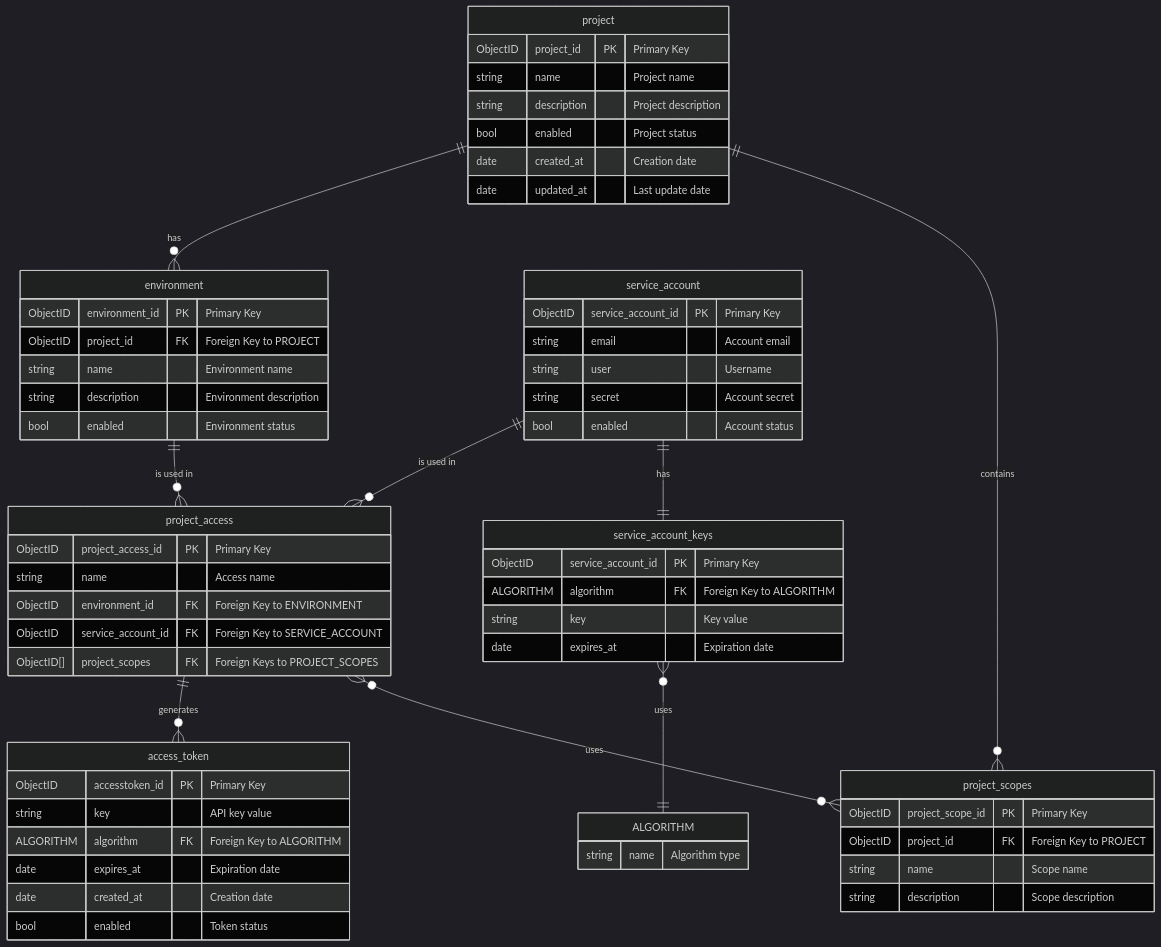
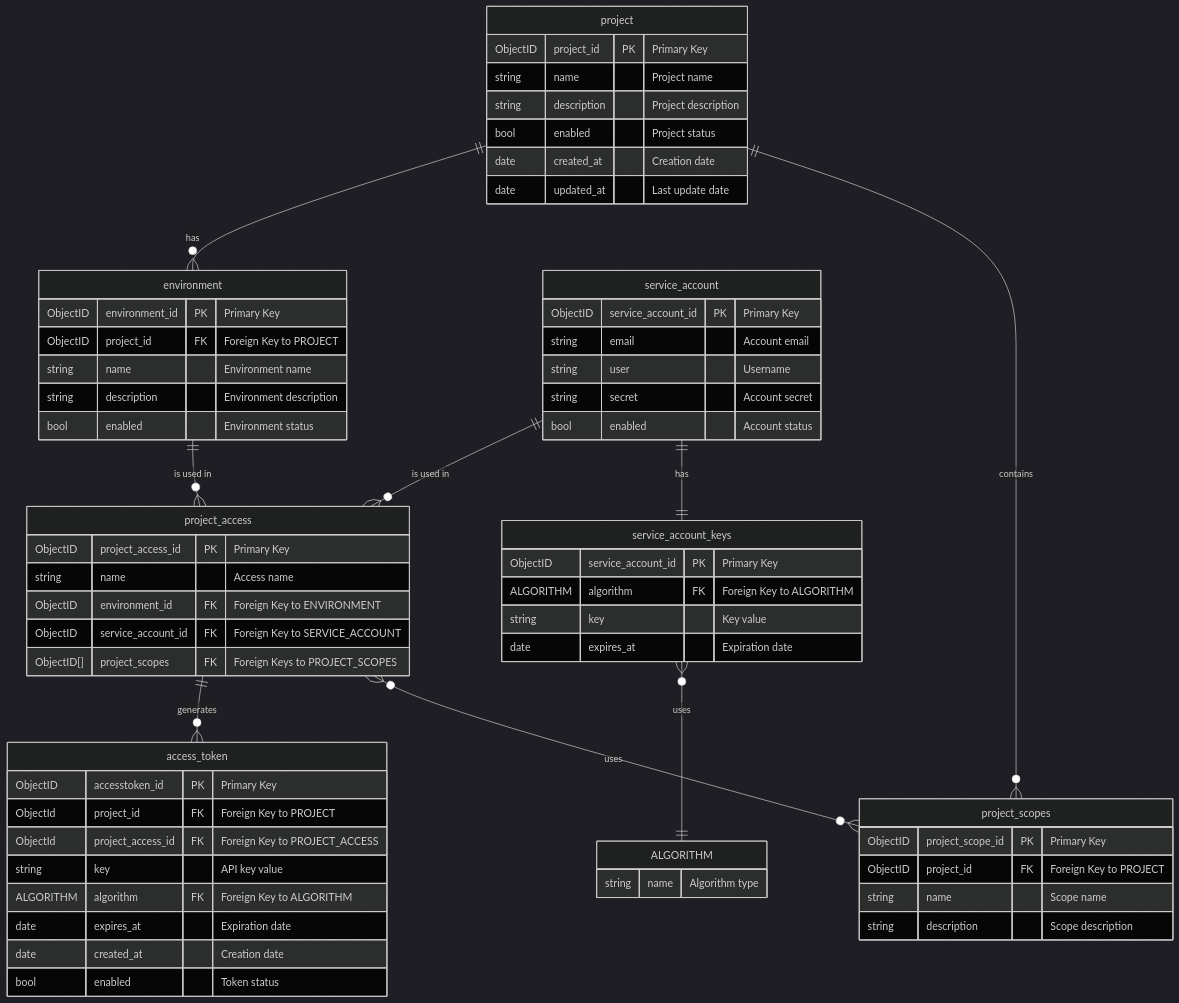
One commit to refactorartist/buraq changed the diagram in docs/erd/erd.mmd. Above: the diagram before and after it, drawn with Mermaid (dark theme). The commit also changed 1 other file, not shown here.

Commit message:
refactor: Update ERD diagram for access tokens and project access
This commit enhances the entity-relationship diagram (ERD) by refining the structure of the `access_token`, `environment`, `project`, `project_access`, `project_scopes`, `service_account`, and `service_account_keys` entities. It introduces new foreign key relationships and updates naming conventions for clarity and consistency. Additionally, the diagram's relationships have been adjusted for better representation.

```diff
--- a/docs/erd/erd.mmd
+++ b/docs/erd/erd.mmd
@@ -1,69 +1,71 @@
 erDiagram
     ALGORITHM {
-        string name         "Algorithm type"
+        string name "Algorithm type"
     }
 
     access_token {
-        ObjectID accesstoken_id  PK "Primary Key"
-        string   key               "API key value"
-        ALGORITHM algorithm      FK "Foreign Key to ALGORITHM"
-        date     expires_at        "Expiration date"
-        date     created_at        "Creation date"
-        bool     enabled           "Token status"
+        ObjectID accesstoken_id PK "Primary Key"
+        ObjectId project_id FK "Foreign Key to PROJECT" 
+        ObjectId project_access_id FK "Foreign Key to PROJECT_ACCESS"
+        string key "API key value"
+        ALGORITHM algorithm FK "Foreign Key to ALGORITHM"
+        date expires_at "Expiration date"
+        date created_at "Creation date"
+        bool enabled "Token status"
     }
 
     environment {
-        ObjectID environment_id  PK "Primary Key"
-        ObjectID project_id     FK "Foreign Key to PROJECT"
-        string   name             "Environment name"
-        string   description      "Environment description"
-        bool     enabled          "Environment status"
+        ObjectID environment_id PK "Primary Key"
+        ObjectID project_id FK "Foreign Key to PROJECT"
+        string name "Environment name"
+        string description "Environment description"
+        bool enabled "Environment status"
     }
 
     project {
-        ObjectID project_id     PK "Primary Key"
-        string   name             "Project name"
-        string   description      "Project description"
-        bool     enabled          "Project status"
-        date     created_at       "Creation date"
-        date     updated_at       "Last update date"
+        ObjectID project_id PK "Primary Key"
+        string name "Project name"
+        string description "Project description"
+        bool enabled "Project status"
+        date created_at "Creation date"
+        date updated_at "Last update date"
     }
 
     project_access {
-        ObjectID  project_access_id  PK "Primary Key"
-        string    name                "Access name"
-        ObjectID  environment_id    FK "Foreign Key to ENVIRONMENT"
-        ObjectID  service_account_id FK "Foreign Key to SERVICE_ACCOUNT"
-        ObjectID[] project_scopes   FK "Foreign Keys to PROJECT_SCOPES"
+        ObjectID project_access_id PK "Primary Key"
+        string name "Access name"
+        ObjectID environment_id FK "Foreign Key to ENVIRONMENT"
+        ObjectID service_account_id FK "Foreign Key to SERVICE_ACCOUNT"
+        ObjectID[] project_scopes FK "Foreign Keys to PROJECT_SCOPES"
     }
 
     project_scopes {
-        ObjectID project_scope_id  PK "Primary Key"
-        ObjectID project_id       FK "Foreign Key to PROJECT"
-        string   name              "Scope name"
-        string   description       "Scope description"
+        ObjectID project_scope_id PK "Primary Key"
+        ObjectID project_id FK "Foreign Key to PROJECT"
+        string name "Scope name"
+        string description "Scope description"
     }
 
     service_account {
         ObjectID service_account_id PK "Primary Key"
-        string   email              "Account email"
-        string   user               "Username"
-        string   secret             "Account secret"
-        bool     enabled            "Account status"
+        string email "Account email"
+        string user "Username"
+        string secret "Account secret"
+        bool enabled "Account status"
     }
 
     service_account_keys {
-        ObjectID  service_account_id PK "Primary Key"
-        ALGORITHM algorithm        FK "Foreign Key to ALGORITHM"
-        string    key                "Key value"
-        date      expires_at         "Expiration date"
+        ObjectID service_account_id PK "Primary Key"
+        ALGORITHM algorithm FK "Foreign Key to ALGORITHM"
+        string key "Key value"
+        date expires_at "Expiration date"
     }
 
-    project ||--o{ environment : "has"
-    project ||--o{ project_scopes : "contains"
-    service_account ||--o{ project_access : "is used in"
-    service_account ||--|| service_account_keys : "has"
-    environment ||--o{ project_access : "is used in"
-    project_access ||--o{ access_token : "generates"
-    project_access }o--o{ project_scopes : "uses"
-    service_account_keys }o--|| ALGORITHM : "uses"
+    project ||--o{ environment: "has"
+    project ||--o{ project_scopes: "contains"
+    service_account ||--o{ project_access: "is used in"
+    service_account ||--|| service_account_keys: "has"
+    environment ||--o{ project_access: "is used in"
+    project_access ||--o{ access_token: "generates"
+    project_access }o--o{ project_scopes: "uses"
+    service_account_keys }o--|| ALGORITHM: "uses"
```
